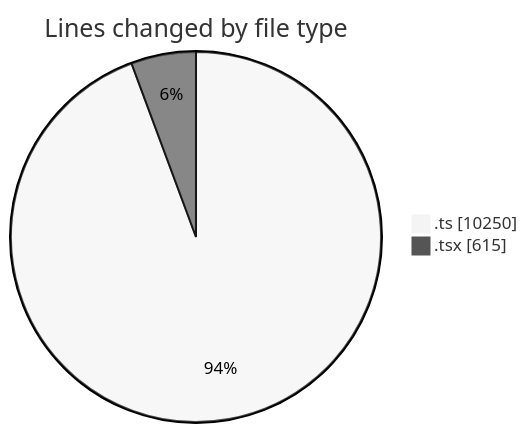
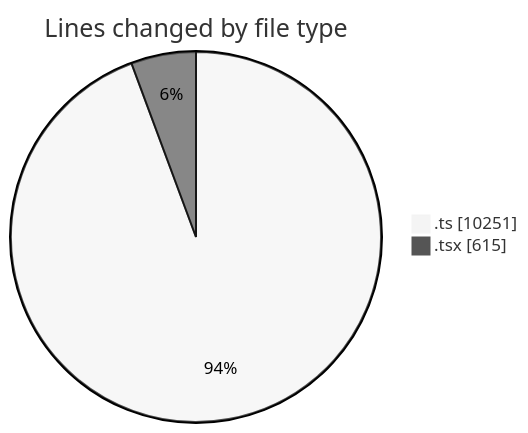
The first of 2 diagrams in 2025-06-23/cda/README.md (momahboobian/code-tracking), drawn with Mermaid (neutral theme) before and after one commit. The commit also changed other lines of this file and 1 other file, not shown here.

````diff
--- a/2025-06-23/cda/README.md
+++ b/2025-06-23/cda/README.md
@@ -24,6 +24,6 @@
 ```mermaid
 pie showData
 title Lines changed by file type
-".ts" : 10250
+".ts" : 10251
 ".tsx" : 615
 ```
````
